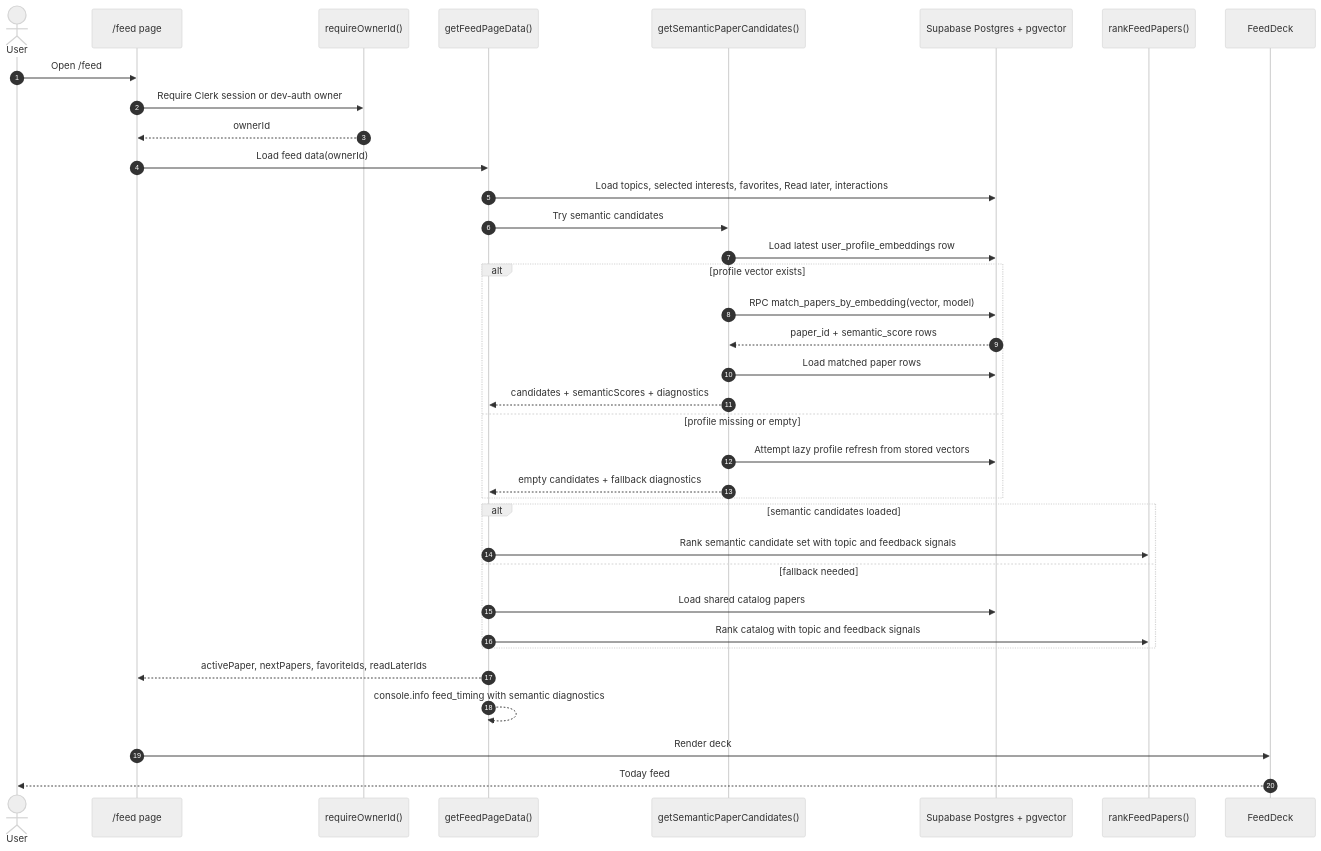
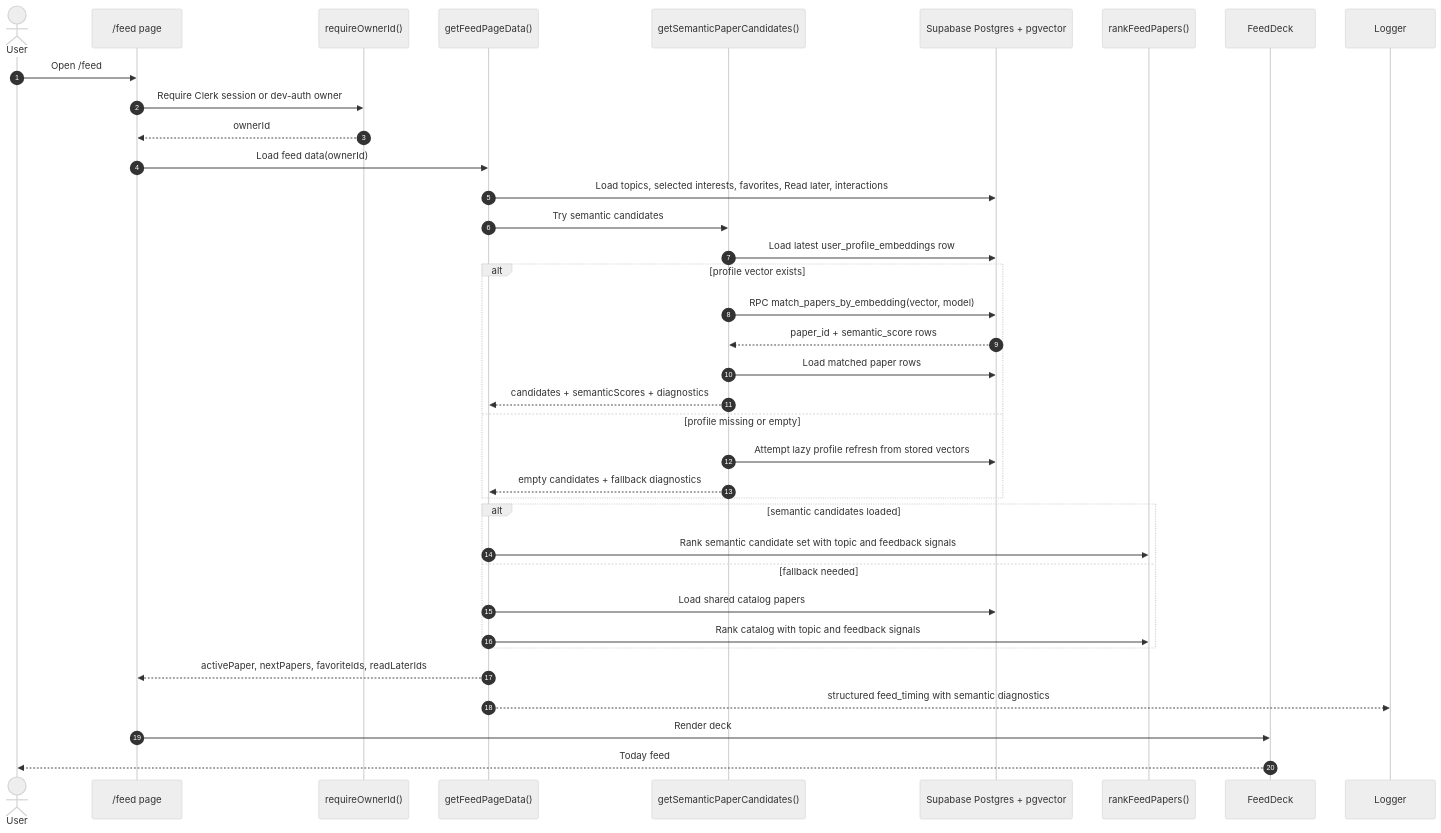
Before and after one commit to Mik1810/PaperDeck: the second of 6 diagrams in docs/architecture.md, drawn with Mermaid (neutral theme). The commit also changed other lines of this file and 22 other files, not shown here.

````diff
--- a/docs/architecture.md
+++ b/docs/architecture.md
@@ -70,39 +70,39 @@
 ```mermaid
 sequenceDiagram
   autonumber
   actor User
   participant Page as /feed page
   participant Auth as requireOwnerId()
   participant Repo as getFeedPageData()
   participant Semantic as getSemanticPaperCandidates()
   participant Supabase as Supabase Postgres + pgvector
   participant Ranker as rankFeedPapers()
   participant UI as FeedDeck
 
   User->>Page: Open /feed
   Page->>Auth: Require Clerk session or dev-auth owner
   Auth-->>Page: ownerId
   Page->>Repo: Load feed data(ownerId)
   Repo->>Supabase: Load topics, selected interests, favorites, Read later, interactions
   Repo->>Semantic: Try semantic candidates
   Semantic->>Supabase: Load latest user_profile_embeddings row
   alt profile vector exists
     Semantic->>Supabase: RPC match_papers_by_embedding(vector, model)
     Supabase-->>Semantic: paper_id + semantic_score rows
     Semantic->>Supabase: Load matched paper rows
     Semantic-->>Repo: candidates + semanticScores + diagnostics
   else profile missing or empty
     Semantic->>Supabase: Attempt lazy profile refresh from stored vectors
     Semantic-->>Repo: empty candidates + fallback diagnostics
   end
   alt semantic candidates loaded
     Repo->>Ranker: Rank semantic candidate set with topic and feedback signals
   else fallback needed
     Repo->>Supabase: Load shared catalog papers
     Repo->>Ranker: Rank catalog with topic and feedback signals
   end
   Repo-->>Page: activePaper, nextPapers, favoriteIds, readLaterIds
-  Repo-->>Repo: console.info feed_timing with semantic diagnostics
+  Repo-->>Logger: structured feed_timing with semantic diagnostics
   Page->>UI: Render deck
   UI-->>User: Today feed
 ```
````
